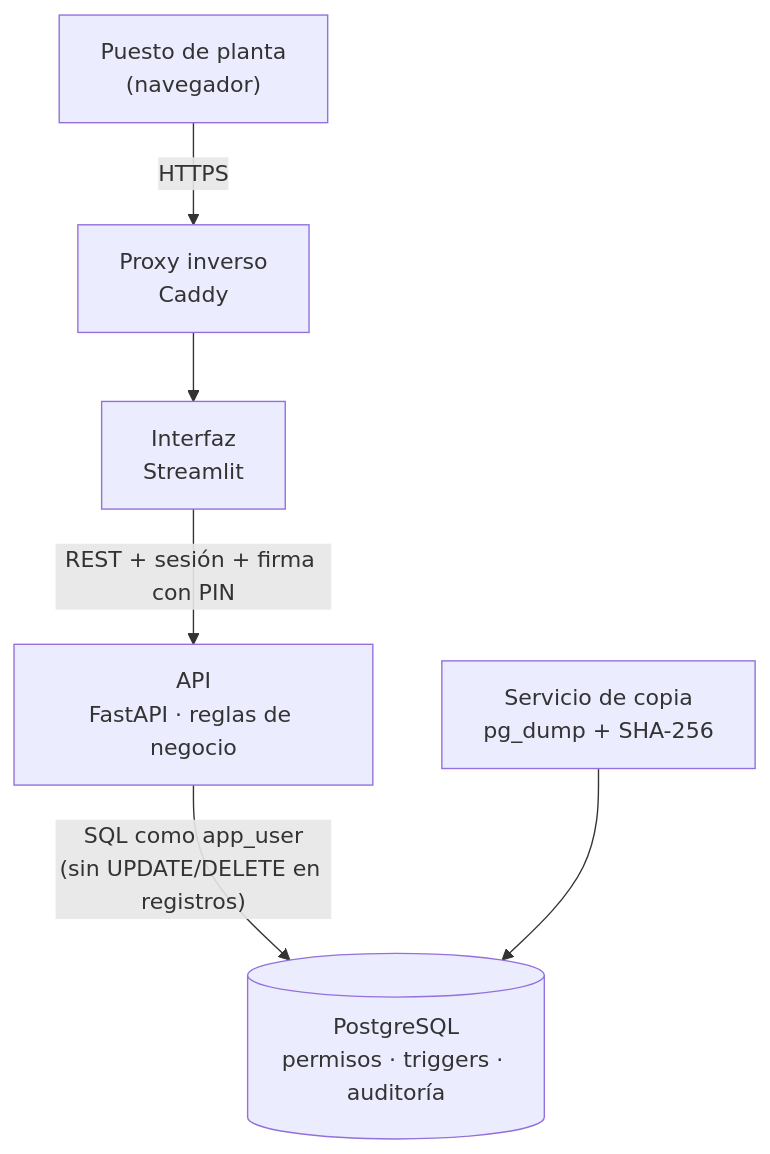
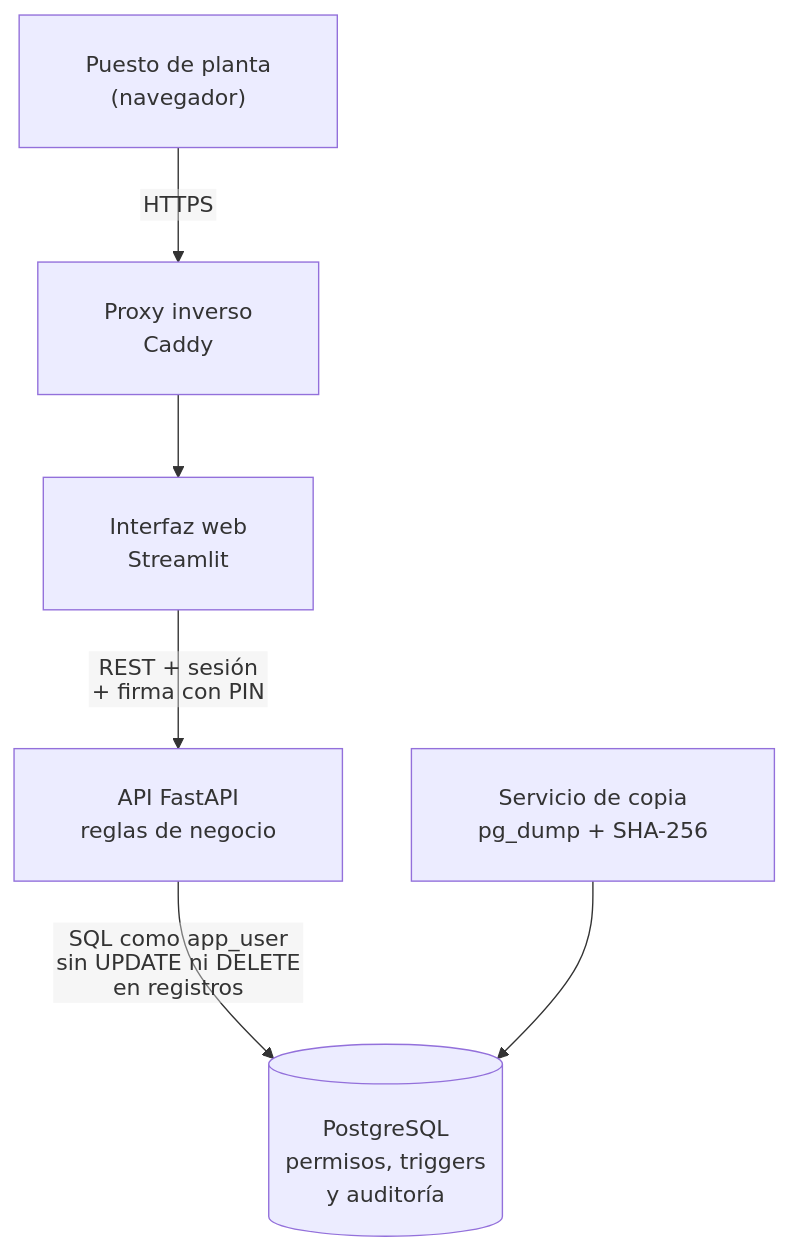
The diagram in README.md (Aless-Mereu/Escaparate-Libro-Diligenciado-Digital), drawn with Mermaid before and after one commit. The commit also changed other lines of this file, not shown here.

Commit message:
cambios en contacto y en diagrama de arquitectura

````diff
--- a/README.md
+++ b/README.md
@@ -63,8 +63,9 @@
 ```mermaid
+%%{init: {"flowchart": {"htmlLabels": false, "padding": 24, "nodeSpacing": 50, "rankSpacing": 60}}}%%
 flowchart TD
     A["Puesto de planta<br/>(navegador)"] -->|HTTPS| P["Proxy inverso<br/>Caddy"]
-    P --> F["Interfaz<br/>Streamlit"]
-    F -->|"REST + sesión + firma con PIN"| B["API<br/>FastAPI · reglas de negocio"]
-    B -->|"SQL como app_user<br/>(sin UPDATE/DELETE en registros)"| D[("PostgreSQL<br/>permisos · triggers · auditoría")]
+    P --> F["Interfaz web<br/>Streamlit"]
+    F -->|"REST + sesión<br/>+ firma con PIN"| B["API FastAPI<br/>reglas de negocio"]
+    B -->|"SQL como app_user<br/>sin UPDATE ni DELETE<br/>en registros"| D[("PostgreSQL<br/>permisos, triggers<br/>y auditoría")]
     K["Servicio de copia<br/>pg_dump + SHA-256"] --> D
 ```
````
